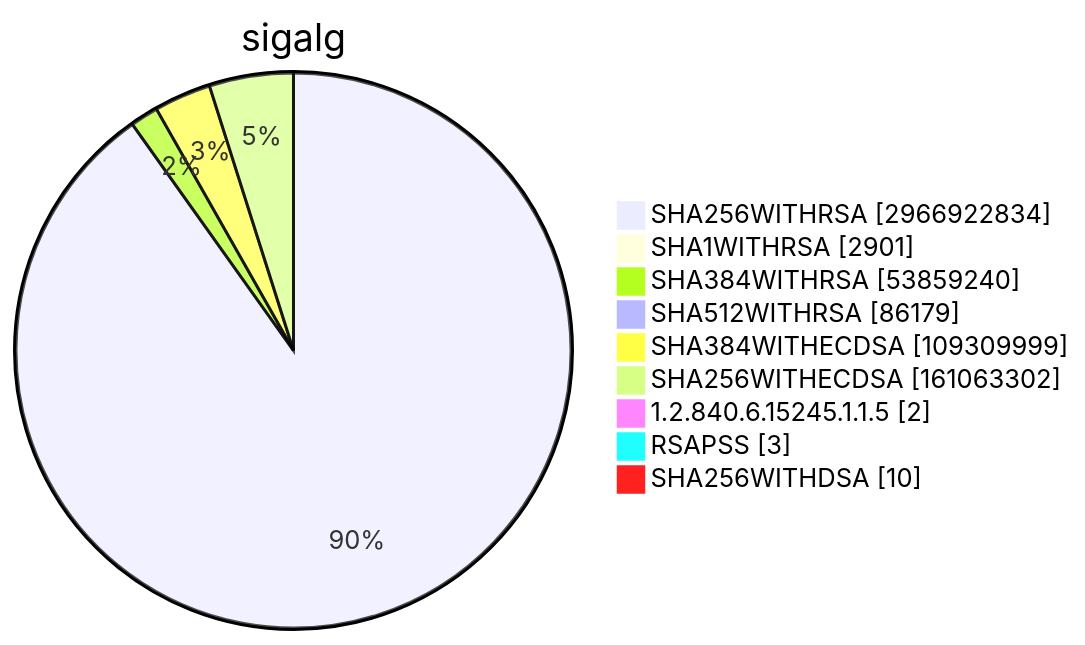
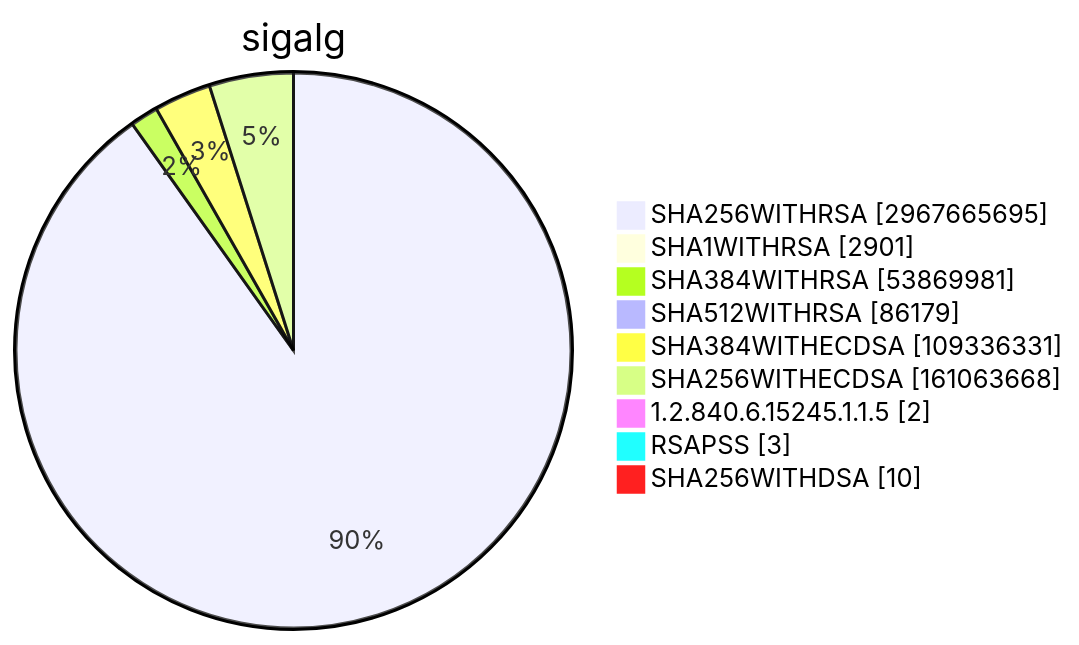
Before and after one commit to christiankrug/ctmonitor_visualization: diagram 15 of 15 in TOTAL/README.md, drawn with Mermaid. The commit also changed other lines of this file, not shown here.

````diff
--- a/TOTAL/README.md
+++ b/TOTAL/README.md
@@ -6208,13 +6208,13 @@
 ```mermaid
 pie showData
 title sigalg
-"SHA256WITHRSA" :2966922834
+"SHA256WITHRSA" :2967665695
 "SHA1WITHRSA" :2901
-"SHA384WITHRSA" :53859240
+"SHA384WITHRSA" :53869981
 "SHA512WITHRSA" :86179
-"SHA384WITHECDSA" :109309999
-"SHA256WITHECDSA" :161063302
+"SHA384WITHECDSA" :109336331
+"SHA256WITHECDSA" :161063668
 "1.2.840.6.15245.1.1.5" :2
 "RSAPSS" :3
 "SHA256WITHDSA" :10
 ```
````
